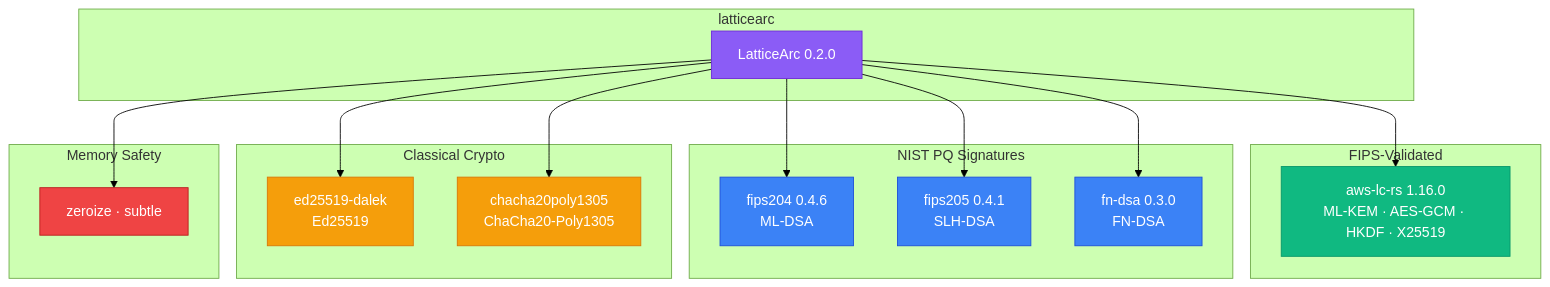
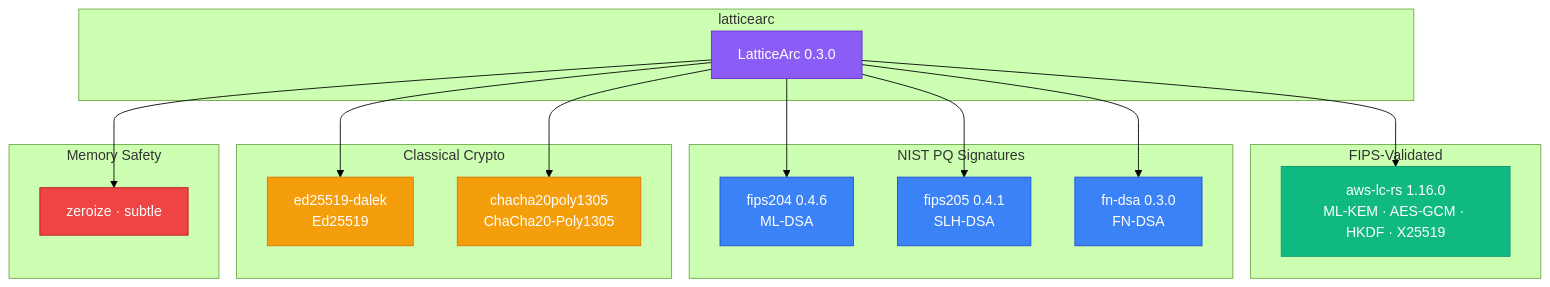
Before and after one commit to LatticeArc/latticearc: the diagram in docs/DEPENDENCY_JUSTIFICATION.md, drawn with Mermaid (forest theme). The commit also changed other lines of this file and 86 other files, not shown here.

````diff
--- a/docs/DEPENDENCY_JUSTIFICATION.md
+++ b/docs/DEPENDENCY_JUSTIFICATION.md
@@ -12,45 +12,45 @@
 ```mermaid
 flowchart TB
     subgraph "latticearc"
-        LA[LatticeArc 0.2.0]
+        LA[LatticeArc 0.3.0]
     end
 
     subgraph "FIPS-Validated"
         AWSLC["aws-lc-rs 1.16.0\nML-KEM · AES-GCM · HKDF · X25519"]
     end
 
     subgraph "NIST PQ Signatures"
         F204["fips204 0.4.6\nML-DSA"]
         F205["fips205 0.4.1\nSLH-DSA"]
         FNDSA["fn-dsa 0.3.0\nFN-DSA"]
     end
 
     subgraph "Classical Crypto"
         DALEK["ed25519-dalek\nEd25519"]
         CHA["chacha20poly1305\nChaCha20-Poly1305"]
     end
 
     subgraph "Memory Safety"
         ZERO["zeroize · subtle"]
     end
 
     LA --> AWSLC
     LA --> F204
     LA --> F205
     LA --> FNDSA
     LA --> DALEK
     LA --> CHA
     LA --> ZERO
 
     classDef main fill:#8b5cf6,stroke:#6d28d9,color:#fff
     classDef fips fill:#10b981,stroke:#059669,color:#fff
     classDef nist fill:#3b82f6,stroke:#1d4ed8,color:#fff
     classDef cl fill:#f59e0b,stroke:#d97706,color:#fff
     classDef safety fill:#ef4444,stroke:#b91c1c,color:#fff
 
     class LA main
     class AWSLC fips
     class F204,F205,FNDSA nist
     class DALEK,CHA cl
     class ZERO safety
 ```
````
